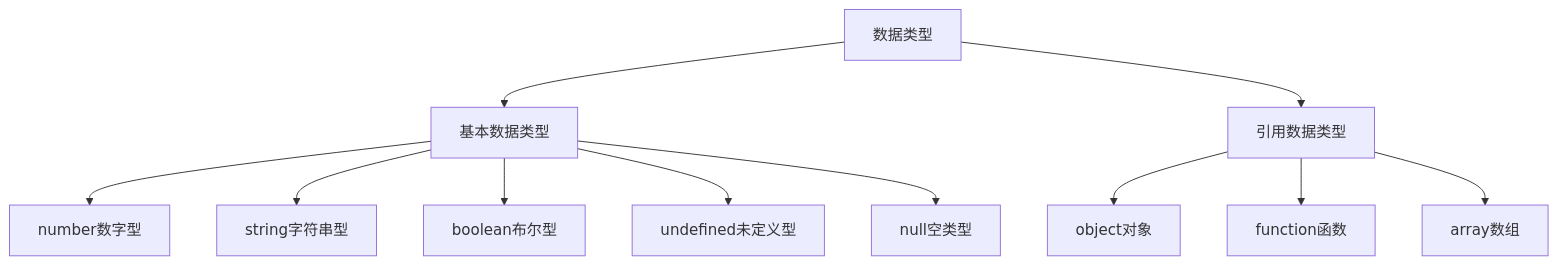
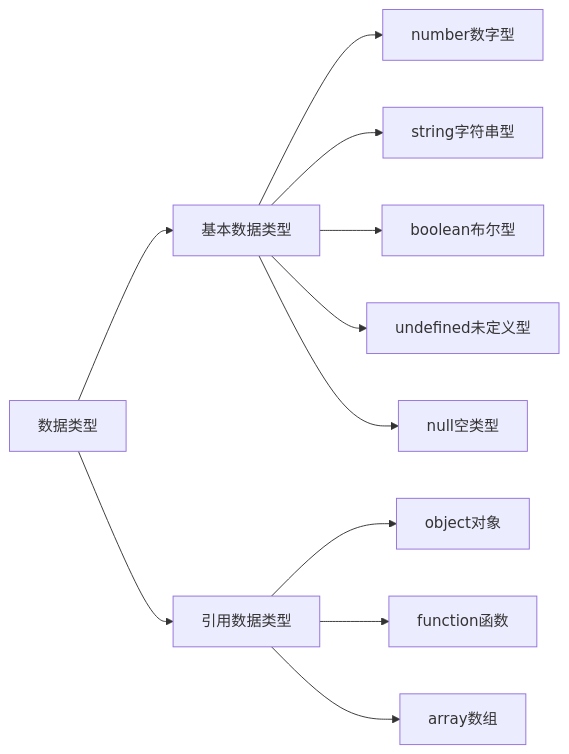
The diagram in js/a-base/03-类型.md (hughxusu/lesson-web), drawn with Mermaid before and after one commit. The commit also changed other lines of this file and 4 other files, not shown here.

````diff
--- a/js/a-base/03-类型.md
+++ b/js/a-base/03-类型.md
@@ -3,14 +5,13 @@
 ```mermaid
-graph 
+graph LR
 数据类型-->基本数据类型
 基本数据类型-->number数字型
 基本数据类型-->string字符串型
 基本数据类型-->boolean布尔型
 基本数据类型-->undefined未定义型
 基本数据类型-->null空类型
 数据类型-->引用数据类型
 引用数据类型-->object对象
 引用数据类型-->function函数
 引用数据类型-->array数组
-
 ```
````
